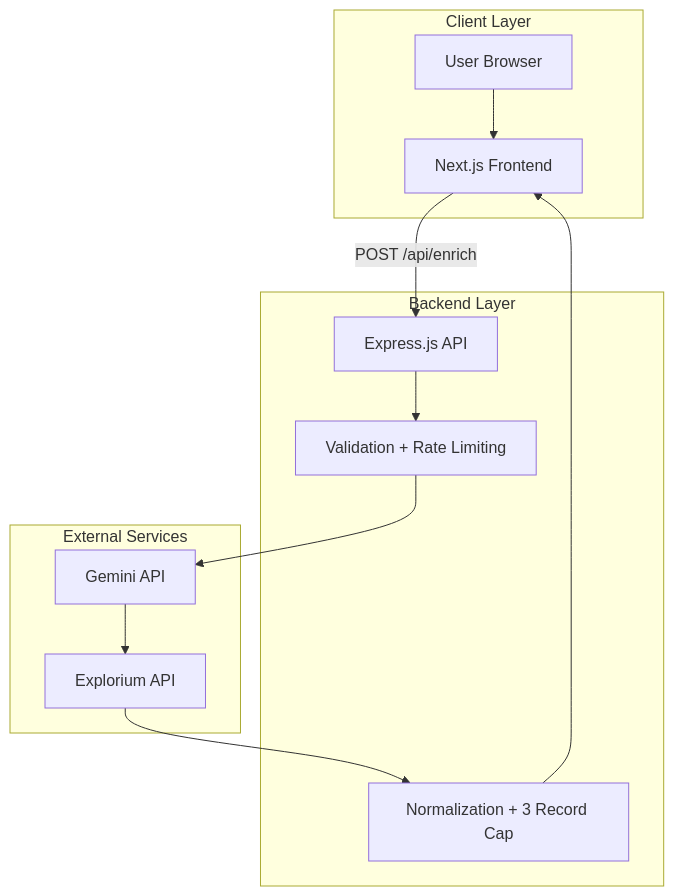
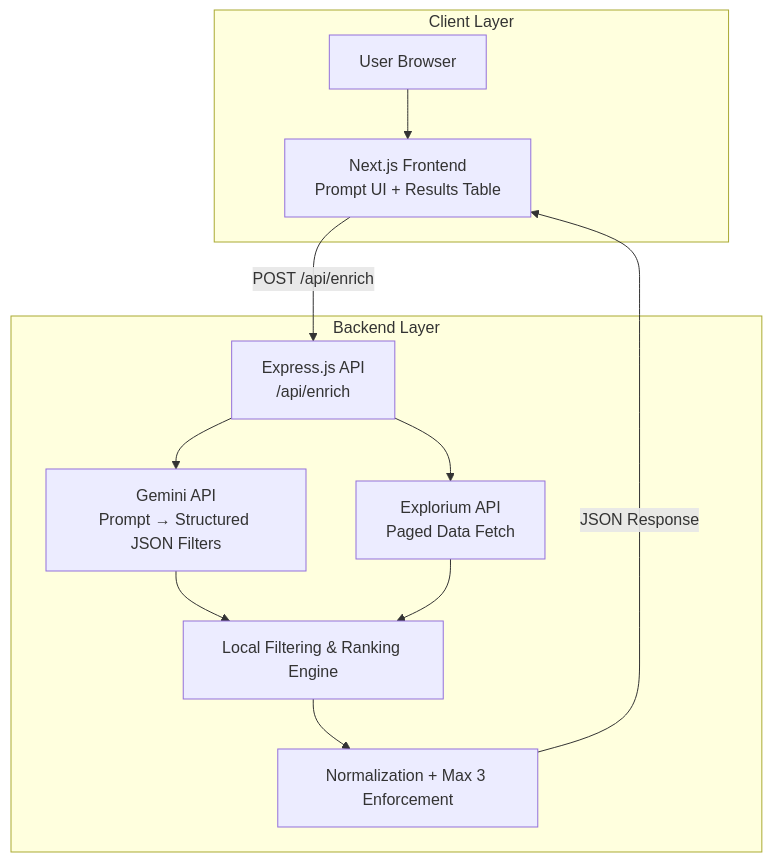
The diagram in README.md (Yashaswini0110/outmate.ai), drawn with Mermaid before and after one commit. The commit also changed other lines of this file and 3 other files, not shown here.

Commit message:
feat: Shift to deterministic local filterEngine architecture to handle Explorium global fetch limits

````diff
--- a/README.md
+++ b/README.md
@@ -15,27 +15,25 @@
 ```mermaid
 flowchart TD
 
     subgraph Client Layer
         A[User Browser]
-        B[Next.js Frontend]
+        B[Next.js Frontend<br/>Prompt UI + Results Table]
     end
 
     subgraph Backend Layer
-        C[Express.js API]
-        D[Validation + Rate Limiting]
-        H[Normalization + 3 Record Cap]
-    end
-
-    subgraph External Services
-        E[Gemini API]
-        F[Explorium API]
+        C[Express.js API<br/>/api/enrich]
+        D[Gemini API<br/>Prompt → Structured JSON Filters]
+        E[Explorium API<br/>Paged Data Fetch]
+        F[Local Filtering & Ranking Engine]
+        G[Normalization + Max 3 Enforcement]
     end
 
     A --> B
     B -->|POST /api/enrich| C
     C --> D
-    D --> E
+    C --> E
+    D --> F
     E --> F
-    F --> H
-    H --> B
+    F --> G
+    G -->|JSON Response| B
 ```
````
